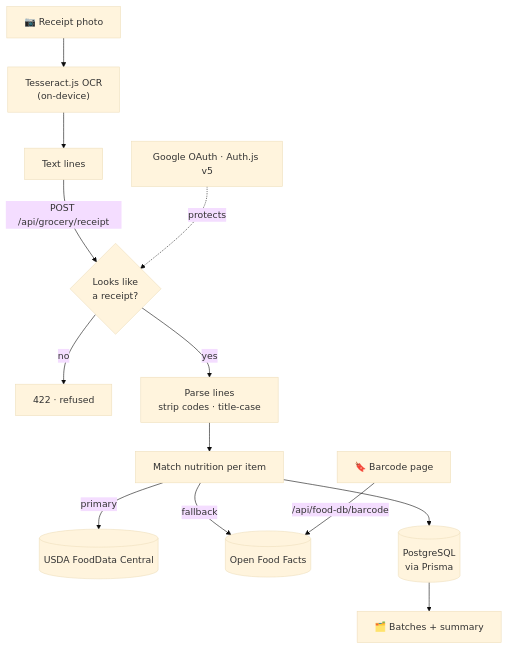
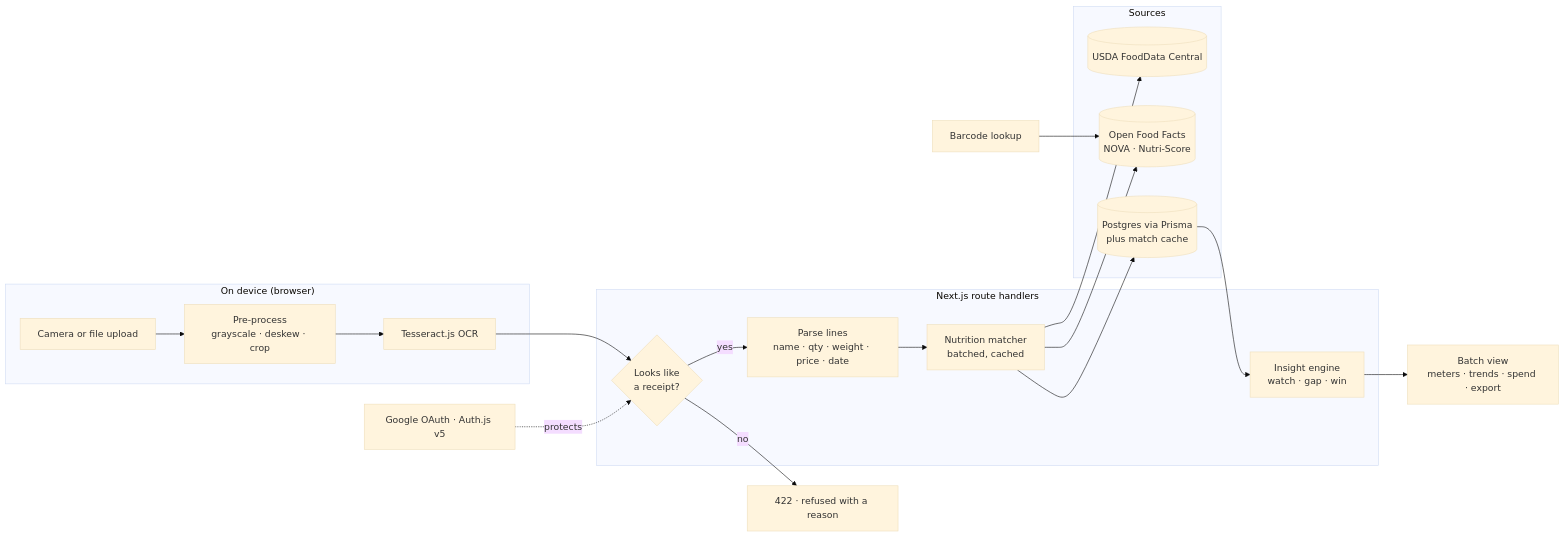
The first of 4 diagrams in README.md (kandulanikhilvarma/cartwise), drawn with Mermaid (base theme) before and after one commit. The commit also changed other lines of this file and 17 other files, not shown here.

````diff
--- a/README.md
+++ b/README.md
@@ -62,16 +77,27 @@
 ```mermaid
-flowchart TD
-    U[📷 Receipt photo] --> OCR["Tesseract.js OCR<br/>(on-device)"]
-    OCR --> L[Text lines]
-    L -->|POST /api/grocery/receipt| G{Looks like<br/>a receipt?}
-    G -- no --> R[422 · refused]
-    G -- yes --> P[Parse lines<br/>strip codes · title-case]
-    P --> M[Match nutrition per item]
-    M -->|primary| USDA[(USDA FoodData Central)]
-    M -->|fallback| OFF[(Open Food Facts)]
-    M --> DB[(PostgreSQL<br/>via Prisma)]
-    DB --> B[🗂️ Batches + summary]
-
-    BC[🔖 Barcode page] -->|/api/food-db/barcode| OFF
-    AUTH["Google OAuth · Auth.js v5"] -. protects .-> G
+flowchart LR
+  subgraph Device["On device (browser)"]
+    CAM["Camera or file upload"]
+    PRE["Pre-process<br/>grayscale · deskew · crop"]
+    OCR["Tesseract.js OCR"]
+  end
+  subgraph Server["Next.js route handlers"]
+    GUARD{"Looks like<br/>a receipt?"}
+    PARSE["Parse lines<br/>name · qty · weight · price · date"]
+    MATCH["Nutrition matcher<br/>batched, cached"]
+    INSIGHT["Insight engine<br/>watch · gap · win"]
+  end
+  subgraph Data["Sources"]
+    USDA[("USDA FoodData Central")]
+    OFF[("Open Food Facts<br/>NOVA · Nutri-Score")]
+    PG[("Postgres via Prisma<br/>plus match cache")]
+  end
+  CAM --> PRE --> OCR --> GUARD
+  GUARD -- "no" --> REJ["422 · refused with a reason"]
+  GUARD -- "yes" --> PARSE --> MATCH
+  MATCH --> USDA
+  MATCH --> OFF
+  MATCH --> PG --> INSIGHT --> UI["Batch view<br/>meters · trends · spend · export"]
+  BC["Barcode lookup"] --> OFF
+  AUTH["Google OAuth · Auth.js v5"] -. protects .-> GUARD
 ```
````
